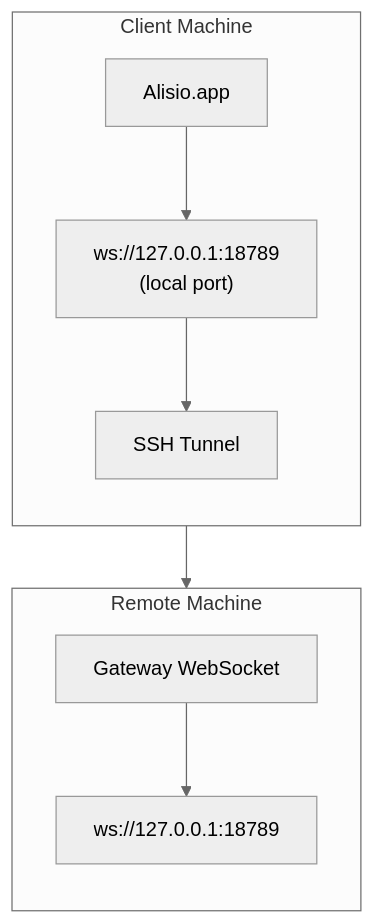
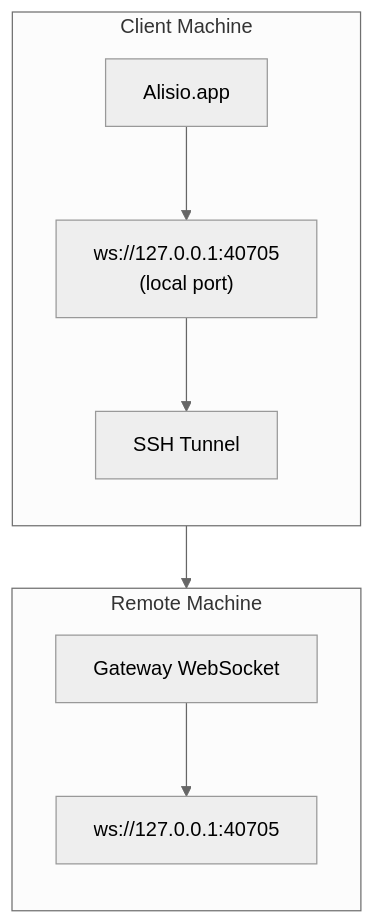
The diagram in docs/gateway/remote-gateway-readme.md (nuno7lopes-collab/alisio), drawn with Mermaid (neutral theme) before and after one commit. The commit also changed other lines of this file and 556 other files, not shown here.

Commit message:
Alisio: harden gateway security and memory flows

````diff
--- a/docs/gateway/remote-gateway-readme.md
+++ b/docs/gateway/remote-gateway-readme.md
@@ -13,20 +13,20 @@
 ```mermaid
 flowchart TB
     subgraph Client["Client Machine"]
         direction TB
         A["Alisio.app"]
-        B["ws://127.0.0.1:18789\n(local port)"]
+        B["ws://127.0.0.1:40705\n(local port)"]
         T["SSH Tunnel"]
 
         A --> B
         B --> T
     end
     subgraph Remote["Remote Machine"]
         direction TB
         C["Gateway WebSocket"]
-        D["ws://127.0.0.1:18789"]
+        D["ws://127.0.0.1:40705"]
 
         C --> D
     end
     T --> C
 ```
````
